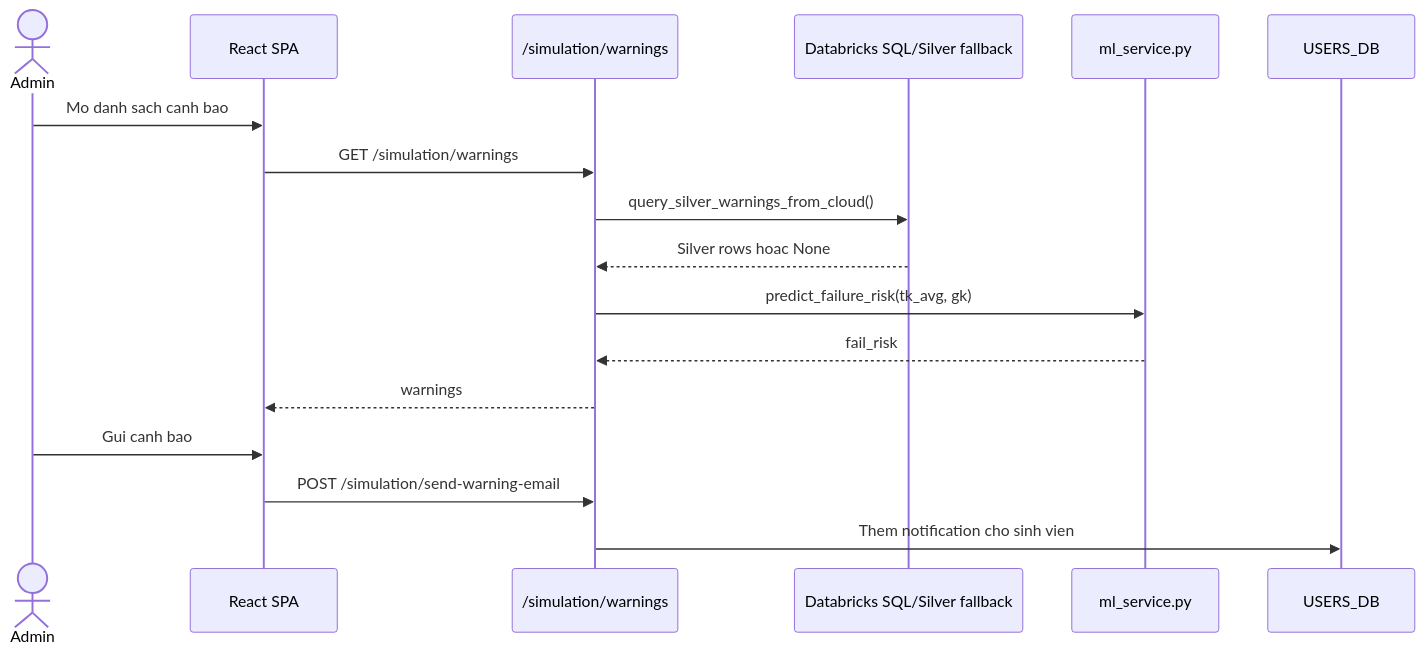
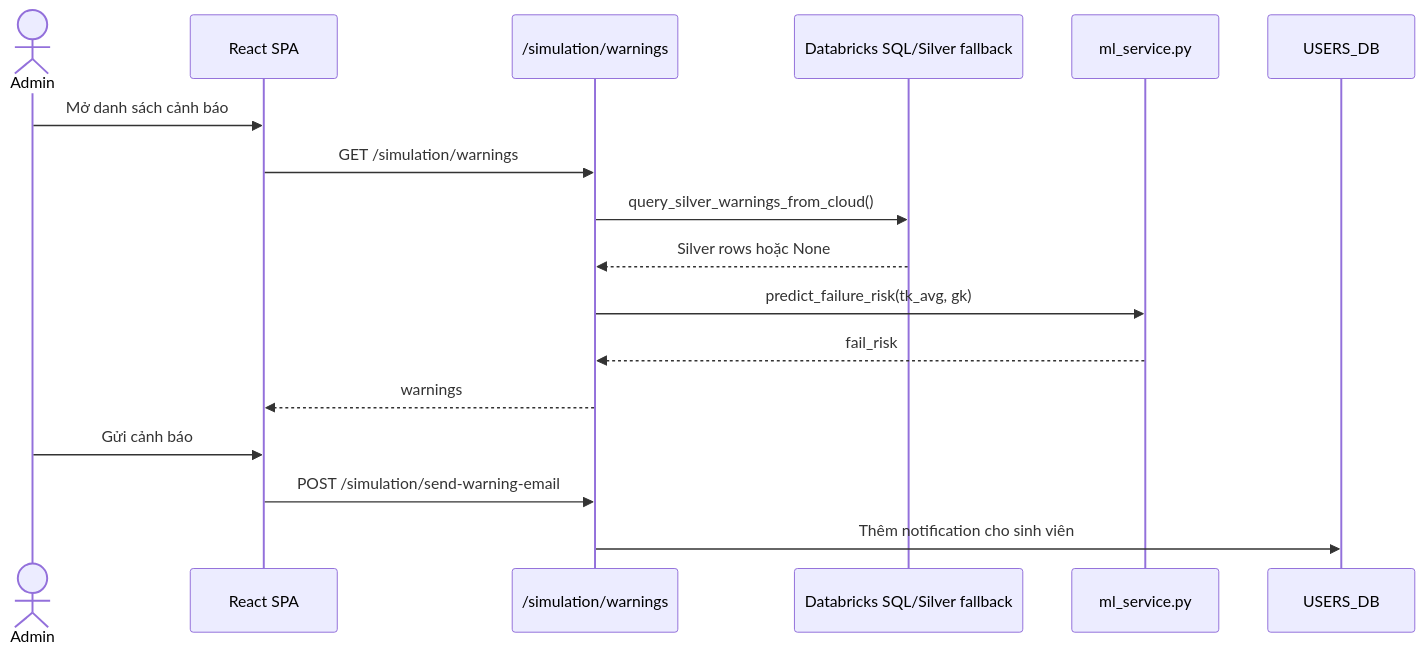
Before and after one commit to mangcutxinh/Smart-GPA: the sixth of 8 diagrams in proposal.md, drawn with Mermaid. The commit also changed other lines of this file, not shown here.

````diff
--- a/proposal.md
+++ b/proposal.md
@@ -255,20 +255,20 @@
 ```mermaid
 sequenceDiagram
     actor Admin
     participant FE as React SPA
     participant Sim as /simulation/warnings
     participant DDB as Databricks SQL/Silver fallback
     participant ML as ml_service.py
     participant UserDB as USERS_DB
 
-    Admin->>FE: Mo danh sach canh bao
+    Admin->>FE: Mở danh sách cảnh báo
     FE->>Sim: GET /simulation/warnings
     Sim->>DDB: query_silver_warnings_from_cloud()
-    DDB-->>Sim: Silver rows hoac None
+    DDB-->>Sim: Silver rows hoặc None
     Sim->>ML: predict_failure_risk(tk_avg, gk)
     ML-->>Sim: fail_risk
     Sim-->>FE: warnings
-    Admin->>FE: Gui canh bao
+    Admin->>FE: Gửi cảnh báo
     FE->>Sim: POST /simulation/send-warning-email
-    Sim->>UserDB: Them notification cho sinh vien
+    Sim->>UserDB: Thêm notification cho sinh viên
 ```
````
